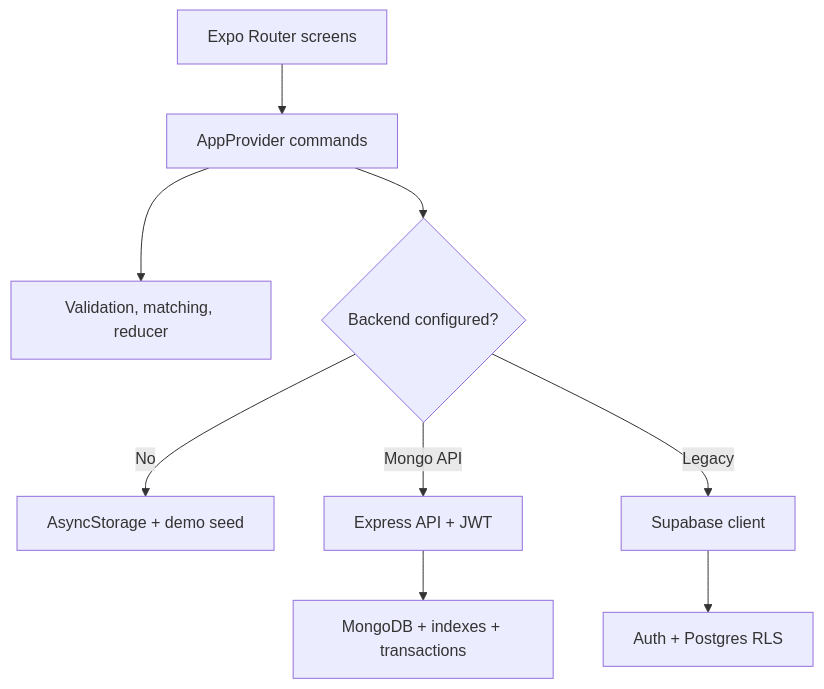
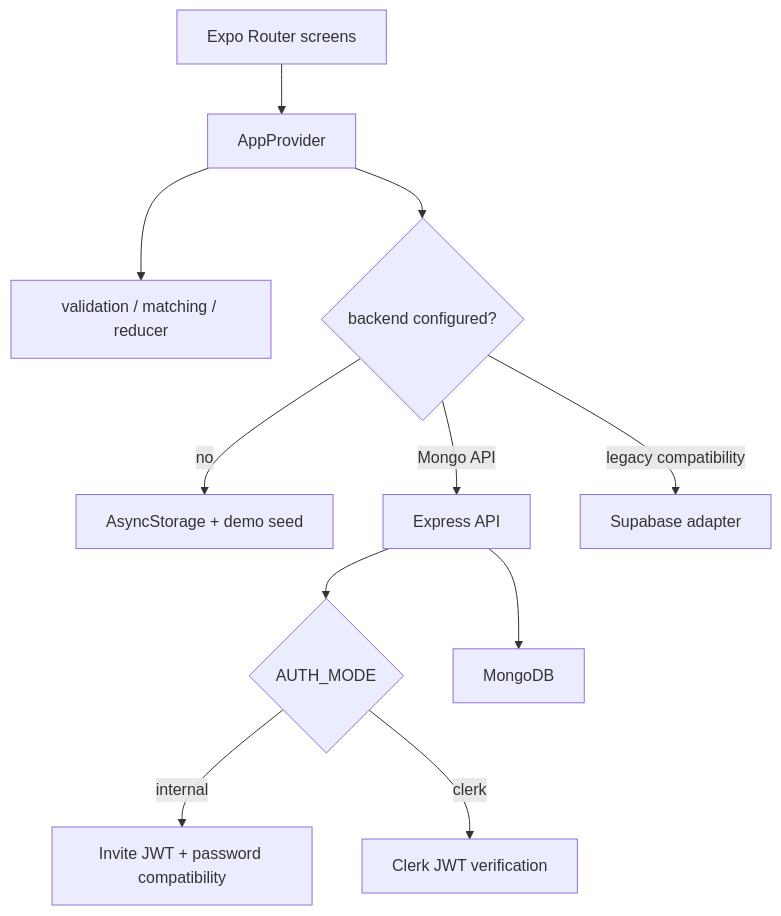
Before and after one commit to charifmahmoudi/Invite-someone-app: the second of 4 diagrams in docs/ARCHITECTURE.md, drawn with Mermaid. The commit also changed other lines of this file, not shown here.

Commit message:
docs: record implemented target architecture

````diff
--- a/docs/ARCHITECTURE.md
+++ b/docs/ARCHITECTURE.md
@@ -7,11 +88,13 @@
 ```mermaid
 flowchart TD
-  Screens[Expo Router screens] --> Context[AppProvider commands]
-  Context --> Domain[Validation, matching, reducer]
-  Context --> Mode{Backend configured?}
-  Mode -->|No| Local[AsyncStorage + demo seed]
-  Mode -->|Mongo API| API[Express API + JWT]
-  API --> DB[MongoDB + indexes + transactions]
-  Mode -->|Legacy| Client[Supabase client]
-  Client --> Legacy[Auth + Postgres RLS]
+  Screens[Expo Router screens] --> Context[AppProvider]
+  Context --> Domain[validation / matching / reducer]
+  Context --> Mode{backend configured?}
+  Mode -->|no| Local[AsyncStorage + demo seed]
+  Mode -->|Mongo API| API[Express API]
+  API --> Auth{AUTH_MODE}
+  Auth -->|internal| Legacy[Invite JWT + password compatibility]
+  Auth -->|clerk| External[Clerk JWT verification]
+  API --> DB[MongoDB]
+  Mode -->|legacy compatibility| Supabase[Supabase adapter]
 ```
````
